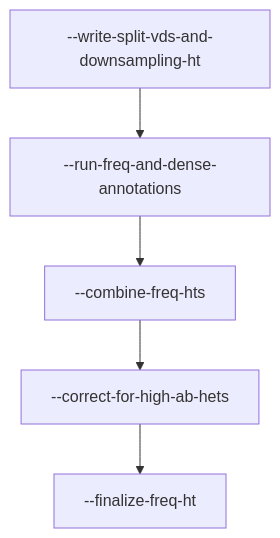
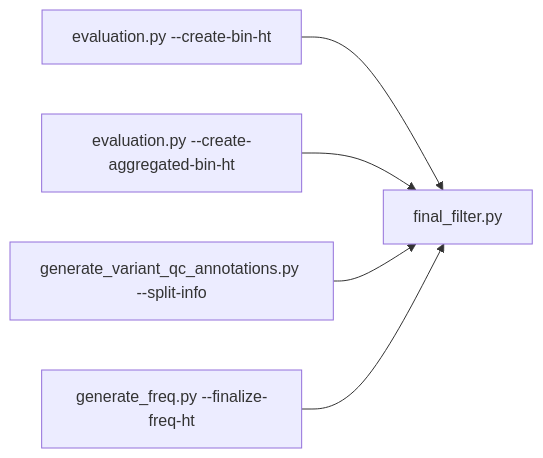
One commit to broadinstitute/gnomad_qc changed diagram 15 of 18 in test_flowchart.md. Above: the diagram before and after it, drawn with Mermaid. The commit also changed other lines of this file, not shown here.

````diff
--- a/test_flowchart.md
+++ b/test_flowchart.md
@@ -185,7 +377,9 @@
 ```mermaid
-flowchart TD;
-  write-split-vds-and-downsampling-ht["--write-split-vds-and-downsampling-ht"] --> run-freq-and-dense-annotations["--run-freq-and-dense-annotations"];
-  combine-freq-hts["--combine-freq-hts"] --> correct-for-high-ab-hets["--correct-for-high-ab-hets"];
-  correct-for-high-ab-hets["--correct-for-high-ab-hets"] --> finalize-freq-ht["--finalize-freq-ht"];
-  run-freq-and-dense-annotations["--run-freq-and-dense-annotations"] --> combine-freq-hts["--combine-freq-hts"];
+flowchart LR;
+  classDef node_color fill:#BE4603
+
+  create-bin-ht["evaluation.py --create-bin-ht"] --> final_filter.py["final_filter.py"];
+  create-aggregated-bin-ht["evaluation.py --create-aggregated-bin-ht"] --> final_filter.py["final_filter.py"];
+  split-info["generate_variant_qc_annotations.py --split-info"] --> final_filter.py["final_filter.py"];
+  finalize-freq-ht["generate_freq.py --finalize-freq-ht"] --> final_filter.py["final_filter.py"];
 ```
````
